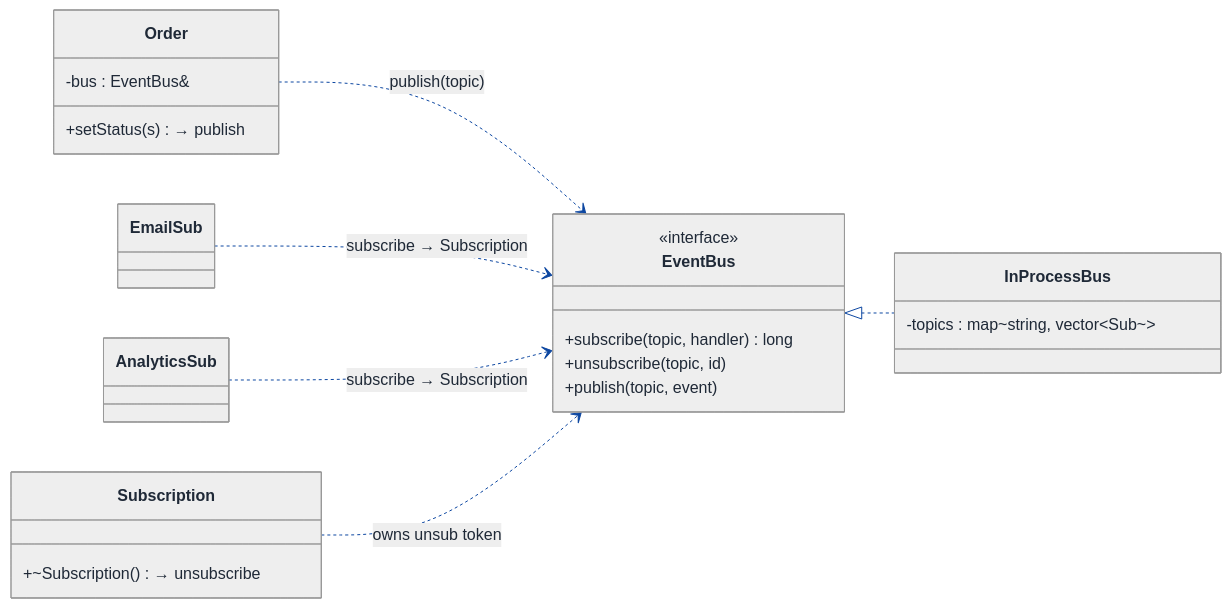
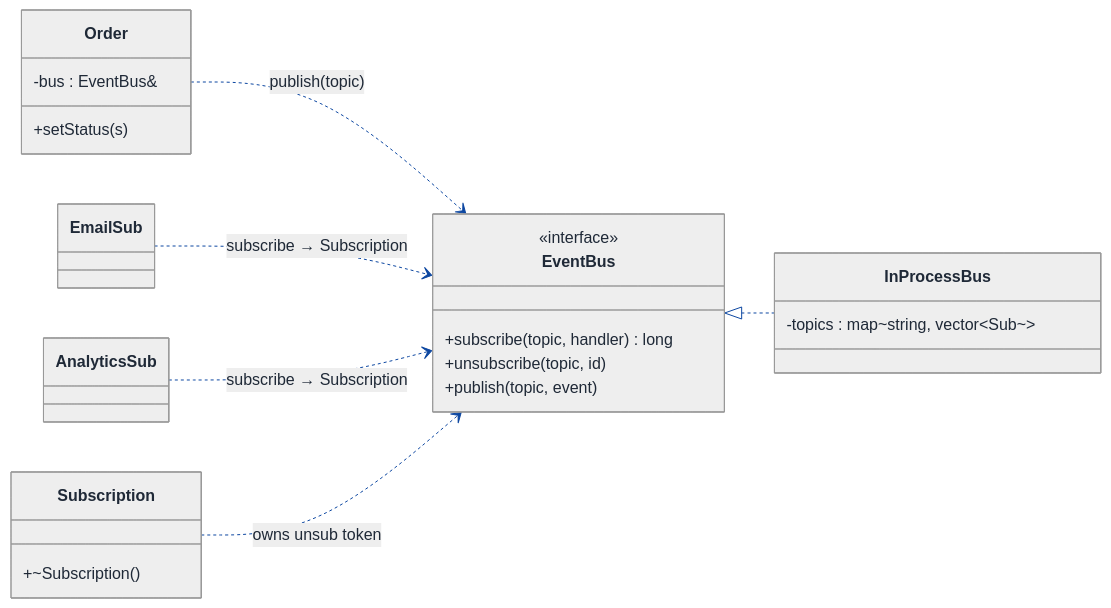
One commit to Prateek-5/question-bank changed the sixth of 8 diagrams in LLD/Topics/Observer_Pattern/Observer_Vs_PubSub.md. Above: the diagram before and after it, drawn with Mermaid. The commit also changed other lines of this file and 61 other files, not shown here.

First line of the commit message:
Fix invalid mermaid classDiagram member syntax across LLD walkthroughs

````diff
--- a/LLD/Topics/Observer_Pattern/Observer_Vs_PubSub.md
+++ b/LLD/Topics/Observer_Pattern/Observer_Vs_PubSub.md
@@ -759,59 +759,59 @@
 ```mermaid
 ---
 config:
   theme: neutral
   themeVariables:
     background: '#ffffff'
     primaryColor: '#cfe2ff'
     primaryTextColor: '#1f2937'
     primaryBorderColor: '#084298'
     secondaryColor: '#fff3cd'
     secondaryTextColor: '#1f2937'
     secondaryBorderColor: '#664d03'
     tertiaryColor: '#d1e7dd'
     tertiaryTextColor: '#1f2937'
     tertiaryBorderColor: '#0a3622'
     lineColor: '#0d47a1'
     textColor: '#1f2937'
     noteBkgColor: '#fff3cd'
     noteTextColor: '#1f2937'
     noteBorderColor: '#997404'
     actorBkg: '#cfe2ff'
     actorBorder: '#084298'
     actorTextColor: '#1f2937'
     signalColor: '#0d47a1'
     signalTextColor: '#1f2937'
     labelBoxBkgColor: '#ffffff'
     labelBoxBorderColor: '#d3d3d3'
     labelTextColor: '#1f2937'
     edgeLabelBackground: '#ffffff'
     labelBackground: '#ffffff'
     classText: '#1f2937'
     fontFamily: 'system-ui, -apple-system, Segoe UI, Helvetica, Arial, sans-serif'
 ---
 classDiagram
   direction LR
   class Order {
     -bus : EventBus&
-    +setStatus(s) → publish
+    +setStatus(s)
   }
   class EventBus {
     <<interface>>
     +subscribe(topic, handler) long
     +unsubscribe(topic, id)
     +publish(topic, event)
   }
   class InProcessBus {
     -topics : map~string, vector~Sub~~
   }
   class Subscription {
-    +~Subscription() → unsubscribe
+    +~Subscription()
   }
   class EmailSub
   class AnalyticsSub
   Order ..> EventBus : publish(topic)
   EventBus <|.. InProcessBus
   EmailSub ..> EventBus : subscribe → Subscription
   AnalyticsSub ..> EventBus : subscribe → Subscription
   Subscription ..> EventBus : owns unsub token
 ```
````
